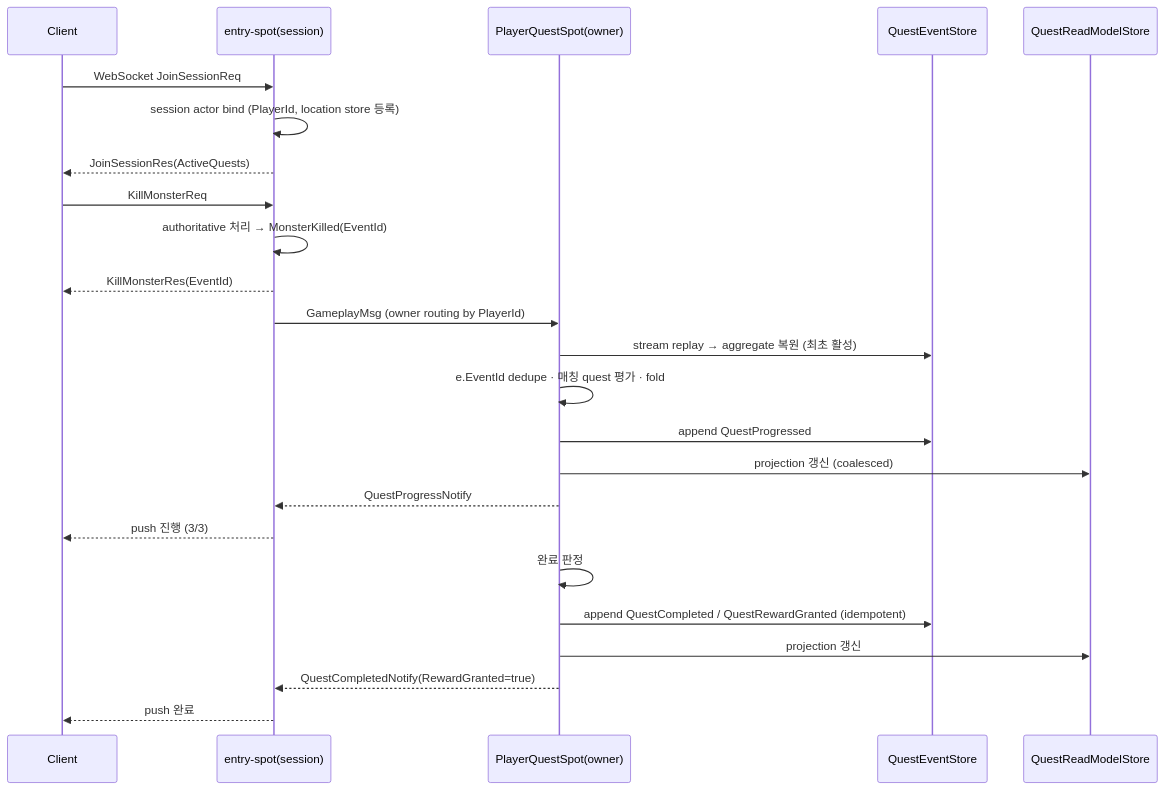
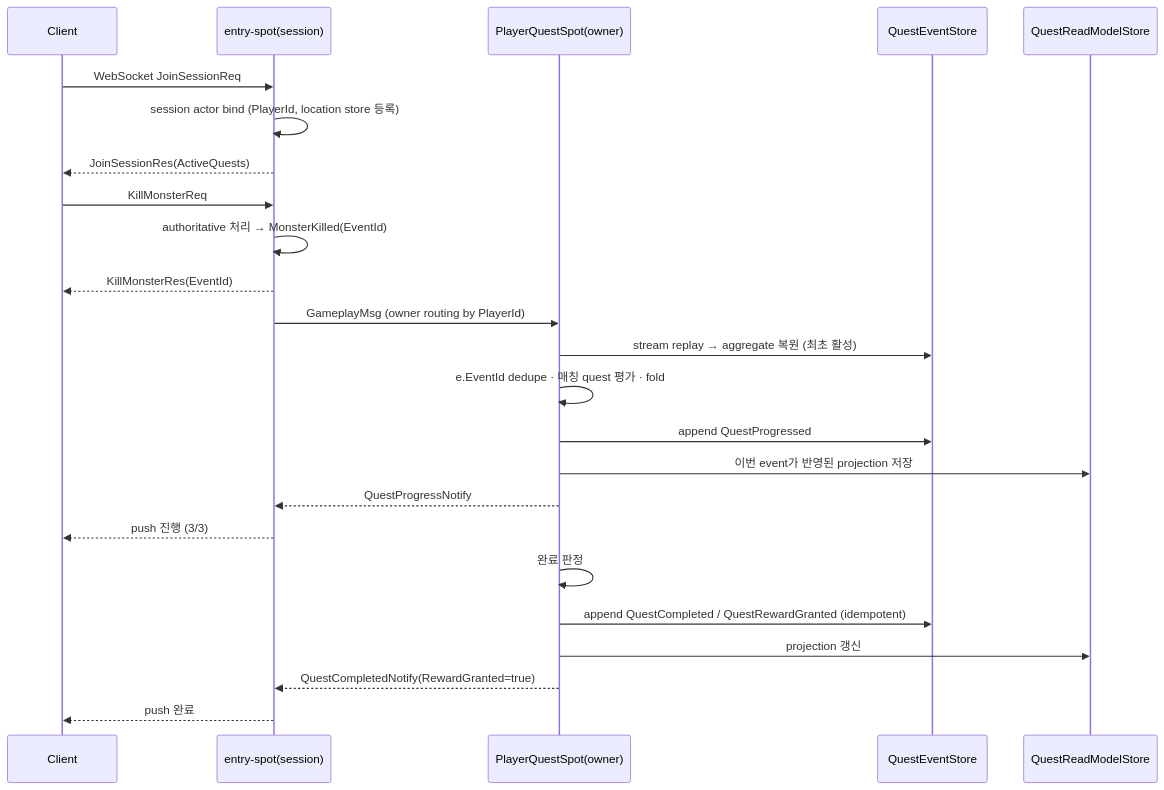
One commit to kairos-code-dev/zlink changed the seventh of 7 diagrams in framework/doc/framework/common/sample/event/gamequest.ko.md. Above: the diagram before and after it, drawn with Mermaid. The commit also changed other lines of this file and 102 other files, not shown here.

````diff
--- a/framework/doc/framework/common/sample/event/gamequest.ko.md
+++ b/framework/doc/framework/common/sample/event/gamequest.ko.md
@@ -546,30 +547,30 @@
 ```mermaid
 sequenceDiagram
     participant C as Client
     participant ES as entry-spot(session)
     participant P as PlayerQuestSpot(owner)
     participant EVS as QuestEventStore
     participant RM as QuestReadModelStore
 
     C->>ES: WebSocket JoinSessionReq
     ES->>ES: session actor bind (PlayerId, location store 등록)
     ES-->>C: JoinSessionRes(ActiveQuests)
 
     C->>ES: KillMonsterReq
     ES->>ES: authoritative 처리 → MonsterKilled(EventId)
     ES-->>C: KillMonsterRes(EventId)
     ES->>P: GameplayMsg (owner routing by PlayerId)
 
     P->>EVS: stream replay → aggregate 복원 (최초 활성)
     P->>P: e.EventId dedupe · 매칭 quest 평가 · fold
     P->>EVS: append QuestProgressed
-    P->>RM: projection 갱신 (coalesced)
+    P->>RM: 이번 event가 반영된 projection 저장
     P-->>ES: QuestProgressNotify
     ES-->>C: push 진행 (3/3)
 
     P->>P: 완료 판정
     P->>EVS: append QuestCompleted / QuestRewardGranted (idempotent)
     P->>RM: projection 갱신
     P-->>ES: QuestCompletedNotify(RewardGranted=true)
     ES-->>C: push 완료
 ```
````
